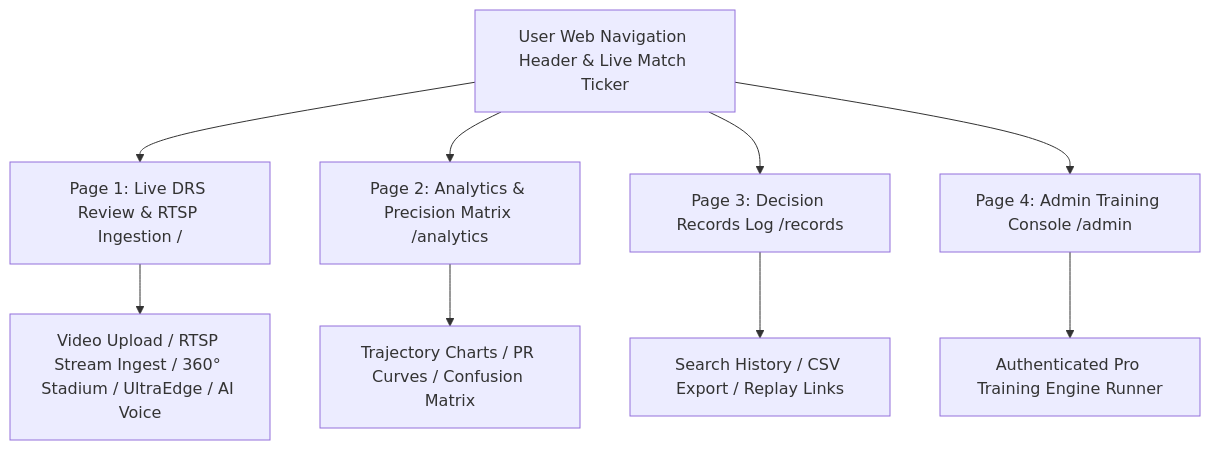
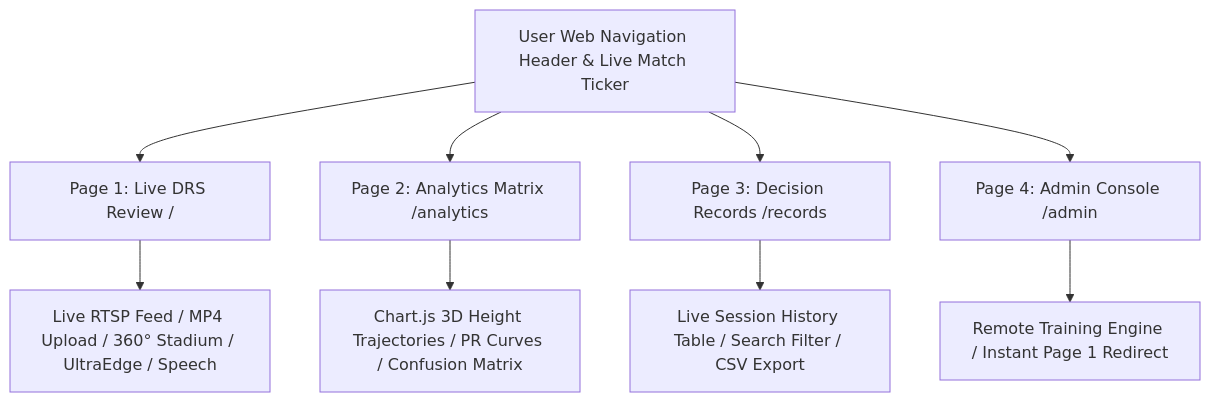
One commit to udbhav968-creator/opencv changed the third of 12 diagrams in README.md. Above: the diagram before and after it, drawn with Mermaid. The commit also changed other lines of this file, not shown here.

Commit message:
docs: Comprehensive 12-Flowchart Masterclass README.md documenting 6-model AI ensemble, multi-page routing, live RTSP ingestion, and multi-source API harvester

````diff
--- a/README.md
+++ b/README.md
@@ -49,12 +57,12 @@
 ```mermaid
 flowchart TD
-    A[User Web Navigation Header & Live Match Ticker] --> B[Page 1: Live DRS Review & RTSP Ingestion /]
-    A --> C[Page 2: Analytics & Precision Matrix /analytics]
-    A --> D[Page 3: Decision Records Log /records]
-    A --> E[Page 4: Admin Training Console /admin]
+    A[User Web Navigation Header & Live Match Ticker] --> B[Page 1: Live DRS Review /]
+    A --> C[Page 2: Analytics Matrix /analytics]
+    A --> D[Page 3: Decision Records /records]
+    A --> E[Page 4: Admin Console /admin]
 
-    B --> F[Video Upload / RTSP Stream Ingest / 360° Stadium / UltraEdge / AI Voice]
-    C --> G[Trajectory Charts / PR Curves / Confusion Matrix]
-    D --> H[Search History / CSV Export / Replay Links]
-    E --> I[Authenticated Pro Training Engine Runner]
+    B --> F[Live RTSP Feed / MP4 Upload / 360° Stadium / UltraEdge / Speech]
+    C --> G[Chart.js 3D Height Trajectories / PR Curves / Confusion Matrix]
+    D --> H[Live Session History Table / Search Filter / CSV Export]
+    E --> I[Remote Training Engine / Instant Page 1 Redirect]
 ```
````
